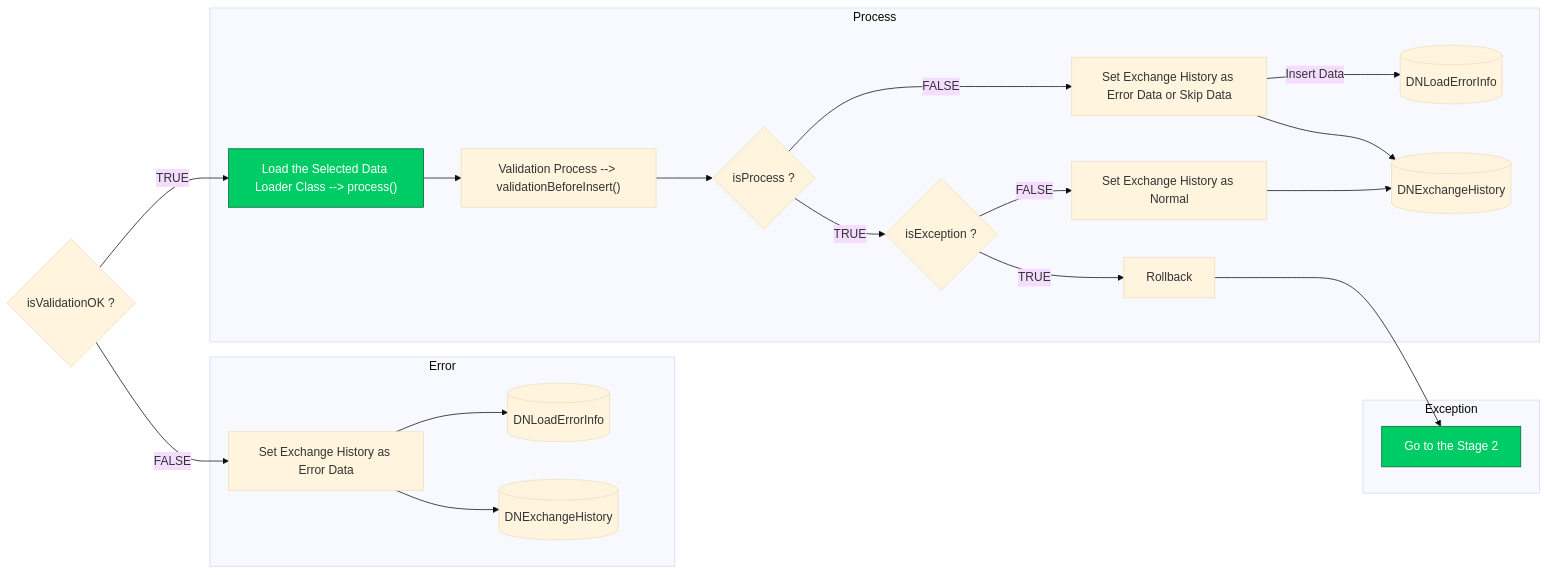
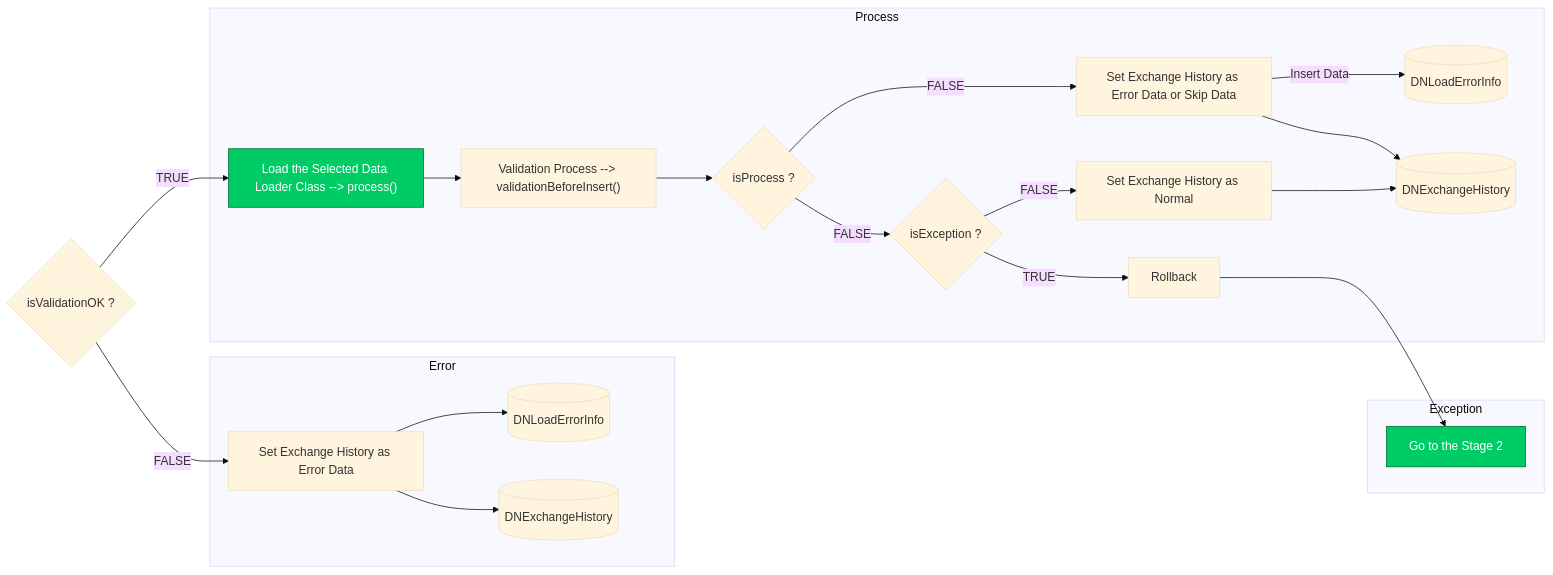
Before and after one commit to luthfiadityaa/SimeDarby-Wiki: the ninth of 9 diagrams in Basic-Design/Host-Interfaces.md, drawn with Mermaid (base theme).

Commit message:
Updated Host Interfaces

```diff
--- a/Basic-Design/Host-Interfaces.md
+++ b/Basic-Design/Host-Interfaces.md
@@ -712,42 +712,42 @@
 ::: mermaid
 flowchart LR
 Cond1{"isValidationOK ?"}
 Cond1 --> |TRUE| B2
 Cond1 --> |FALSE| C2
 
 subgraph Error
  C2 --> C3 
  C2 --> C4
  C4[(DNExchangeHistory)]
  C3[(DNLoadErrorInfo)]
  C2["Set Exchange History as Error Data"] 
 end
 
 subgraph Process
  B2 --> B3 --> Cond2
  Cond2{"isProcess ?"}
  Cond3{"isException ?"}
  B2["Load the Selected Data Loader Class --> process()"]
  B3["Validation Process --> validationBeforeInsert()"]
  B4["Set Exchange History as Error Data or Skip Data"]
  B5["Set Exchange History as Normal"]
  B6[(DNLoadErrorInfo)]
  B7[(DNExchangeHistory)]
  Cond2 --> |FALSE| B4 --> |Insert Data| B6
  B4 --> B7
- Cond2 --> |TRUE| Cond3
+ Cond2 --> |FALSE| Cond3
  Cond3 --> |FALSE| B5 --> B7
  Cond3 --> |TRUE| D2
 end 
 
 subgraph Exception
  D2 --> D3 
  D2["Rollback"]
  D3["Go to the Stage 2"] 
 end
 
 click B2 "https://dev.azure.com/Daifuku-SW/ID_SimeDarbyPlantation/_wiki/wikis/ID_SimeDarbyPlantation.wiki/833/Host-Interfaces?anchor=stage-3"
 style B2 fill:#00cc66,stroke:#006633,color:#ffffff
 click D3 "https://dev.azure.com/Daifuku-SW/ID_SimeDarbyPlantation/_wiki/wikis/ID_SimeDarbyPlantation.wiki/833/Host-Interfaces?anchor=stage-2"
 style D3 fill:#00cc66,stroke:#006633,color:#ffffff
 :::
```
